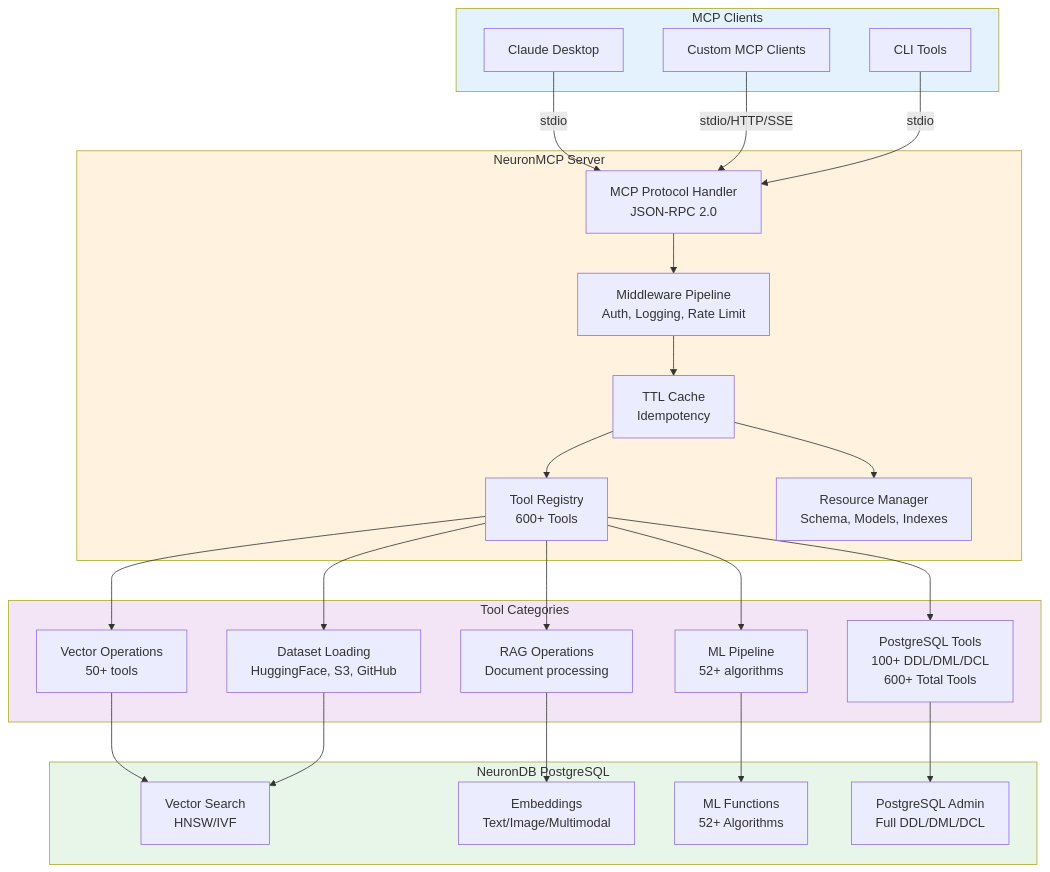
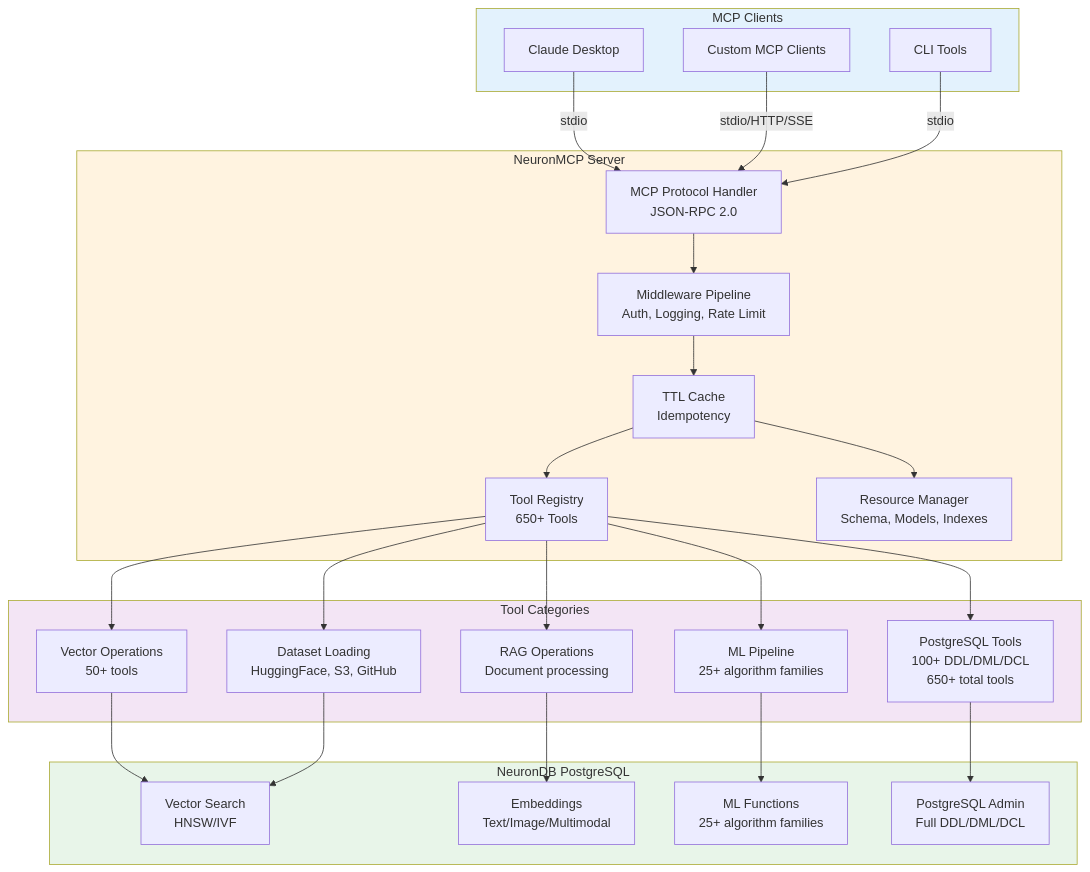
One commit to neurondb/neuron-mcp changed the first of 3 diagrams in README.md. Above: the diagram before and after it, drawn with Mermaid. The commit also changed other lines of this file and 8 other files, not shown here.

````diff
--- a/README.md
+++ b/README.md
@@ -187,57 +137,57 @@
 ```mermaid
 graph TB
     subgraph CLIENT["MCP Clients"]
         CLAUDE[Claude Desktop]
         CUSTOM[Custom MCP Clients]
         CLI[CLI Tools]
     end
     
     subgraph MCP["NeuronMCP Server"]
         PROTOCOL[MCP Protocol Handler<br/>JSON-RPC 2.0]
-        TOOLS[Tool Registry<br/>600+ Tools]
+        TOOLS[Tool Registry<br/>650+ Tools]
         RESOURCES[Resource Manager<br/>Schema, Models, Indexes]
         MIDDLEWARE[Middleware Pipeline<br/>Auth, Logging, Rate Limit]
         CACHE[TTL Cache<br/>Idempotency]
     end
     
     subgraph CATEGORIES["Tool Categories"]
         VEC[Vector Operations<br/>50+ tools]
-        ML[ML Pipeline<br/>52+ algorithms]
+        ML[ML Pipeline<br/>25+ algorithm families]
         RAG[RAG Operations<br/>Document processing]
-        PG[PostgreSQL Tools<br/>100+ DDL/DML/DCL<br/>600+ Total Tools]
+        PG[PostgreSQL Tools<br/>100+ DDL/DML/DCL<br/>650+ total tools]
         DATASET[Dataset Loading<br/>HuggingFace, S3, GitHub]
     end
     
     subgraph DB["NeuronDB PostgreSQL"]
         VECTOR[Vector Search<br/>HNSW/IVF]
         EMBED[Embeddings<br/>Text/Image/Multimodal]
-        ML_FUNC[ML Functions<br/>52+ Algorithms]
+        ML_FUNC[ML Functions<br/>25+ algorithm families]
         ADMIN[PostgreSQL Admin<br/>Full DDL/DML/DCL]
     end
     
     CLAUDE -->|stdio| PROTOCOL
     CUSTOM -->|stdio/HTTP/SSE| PROTOCOL
     CLI -->|stdio| PROTOCOL
     
     PROTOCOL --> MIDDLEWARE
     MIDDLEWARE --> CACHE
     CACHE --> TOOLS
     CACHE --> RESOURCES
     
     TOOLS --> VEC
     TOOLS --> ML
     TOOLS --> RAG
     TOOLS --> PG
     TOOLS --> DATASET
     
     VEC --> VECTOR
     ML --> ML_FUNC
     RAG --> EMBED
     PG --> ADMIN
     DATASET --> VECTOR
     
     style CLIENT fill:#e3f2fd
     style MCP fill:#fff3e0
     style CATEGORIES fill:#f3e5f5
     style DB fill:#e8f5e9
 ```
````
